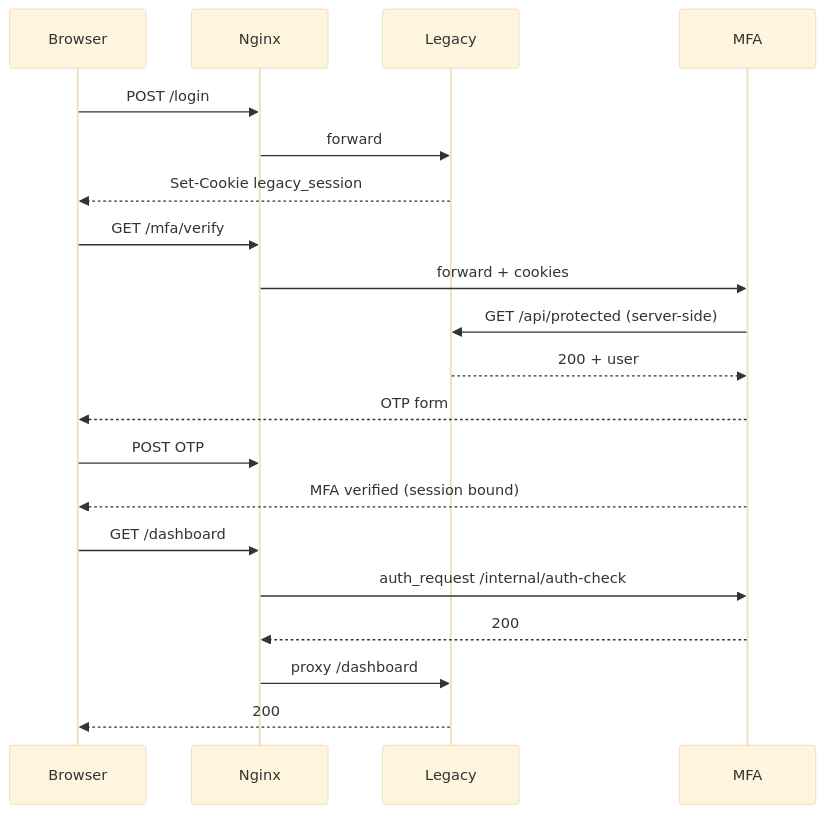
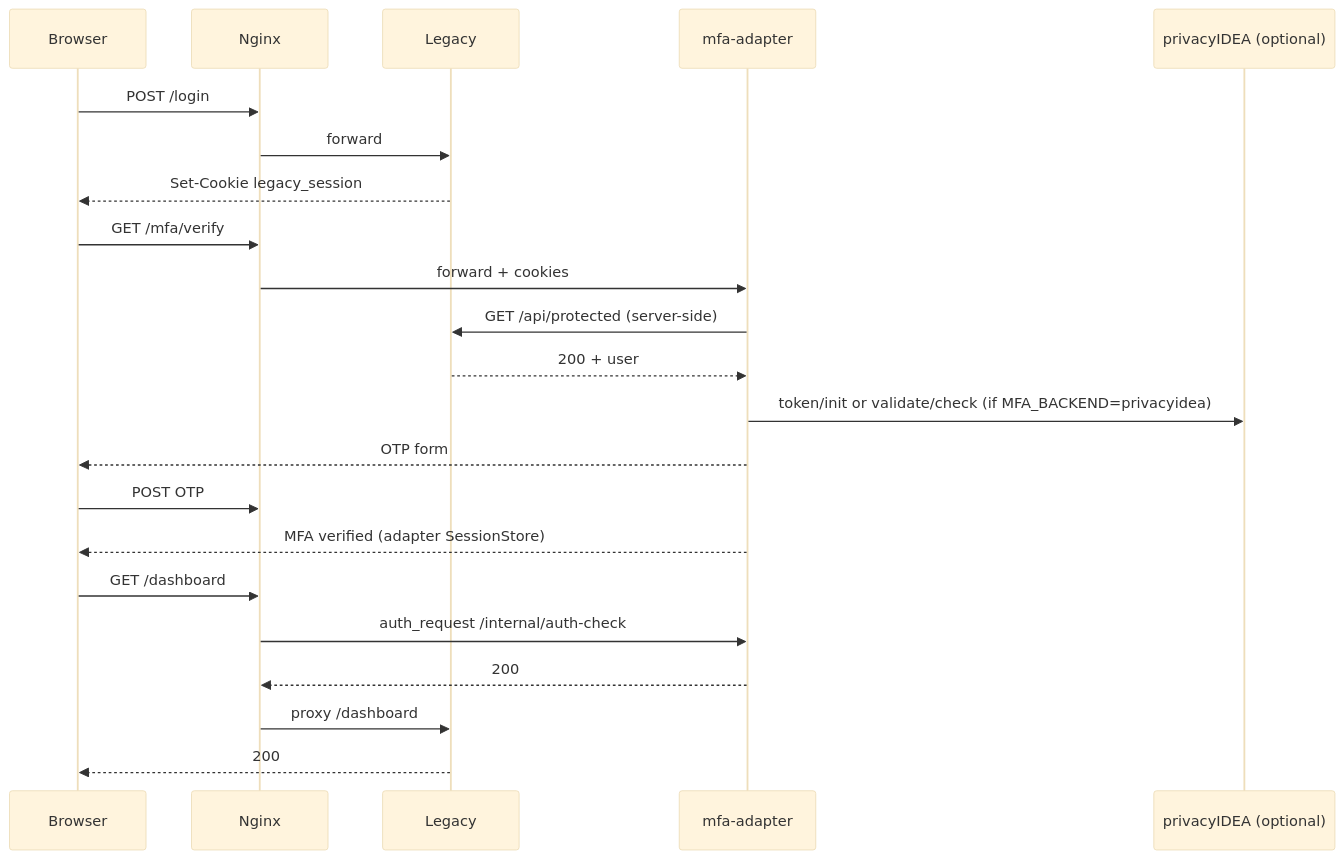
Before and after one commit to leeyodam/OTP: the diagram in poc/google-otp-2fa/README.md, drawn with Mermaid (base theme). The commit also changed other lines of this file and 6 other files, not shown here.

First line of the commit message:
docs: align all guides with mfa-adapter and privacyIDEA

````diff
--- a/poc/google-otp-2fa/README.md
+++ b/poc/google-otp-2fa/README.md
@@ -25,26 +34,28 @@
 ```mermaid
 sequenceDiagram
     participant Browser
     participant Nginx
     participant Legacy
-    participant MFA
+    participant MFA as mfa-adapter
+    participant PI as privacyIDEA (optional)
 
     Browser->>Nginx: POST /login
     Nginx->>Legacy: forward
     Legacy-->>Browser: Set-Cookie legacy_session
 
     Browser->>Nginx: GET /mfa/verify
     Nginx->>MFA: forward + cookies
     MFA->>Legacy: GET /api/protected (server-side)
     Legacy-->>MFA: 200 + user
+    MFA->>PI: token/init or validate/check (if MFA_BACKEND=privacyidea)
     MFA-->>Browser: OTP form
 
     Browser->>Nginx: POST OTP
-    MFA-->>Browser: MFA verified (session bound)
+    MFA-->>Browser: MFA verified (adapter SessionStore)
 
     Browser->>Nginx: GET /dashboard
     Nginx->>MFA: auth_request /internal/auth-check
     MFA-->>Nginx: 200
     Nginx->>Legacy: proxy /dashboard
     Legacy-->>Browser: 200
 ```
````
